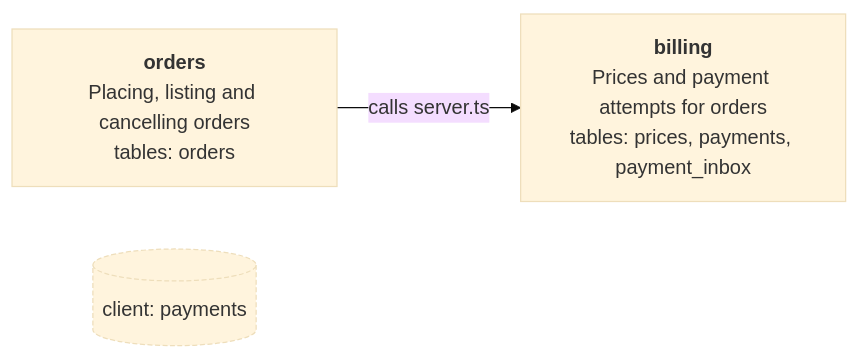
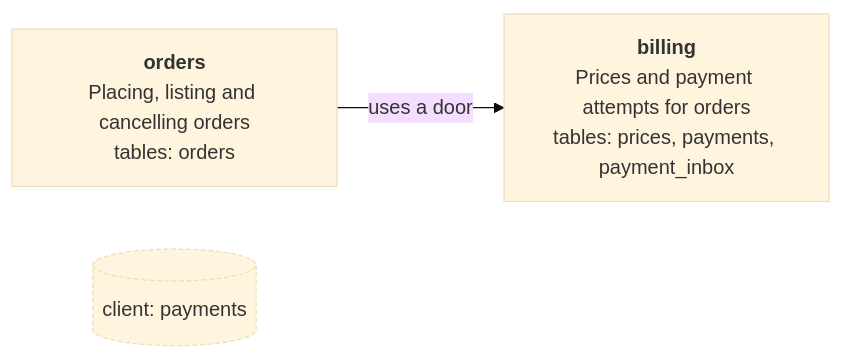
One commit to cdudek/blueprints changed the diagram in nextjs/template/docs/architecture.md. Above: the diagram before and after it, drawn with Mermaid (base theme). The commit also changed 2 other files, not shown here.

Commit message:
fix(nextjs): diagram reads exceptions by file, labels door edges, safe entry guard
Read exceptions are drawn from the module of their file (the policy has
no reader field), an edge reads "uses a door" since it covers both
doors, and the entry guard compares URLs, so --check also runs from a
path with spaces.

````diff
--- a/nextjs/template/docs/architecture.md
+++ b/nextjs/template/docs/architecture.md
@@ -11,8 +11,8 @@
 ```mermaid
 flowchart LR
   orders["<b>orders</b><br/>Placing, listing and cancelling orders<br/>tables: orders"]
   billing["<b>billing</b><br/>Prices and payment attempts for orders<br/>tables: prices, payments, payment_inbox"]
-  orders -->|calls server.ts| billing
+  orders -->|uses a door| billing
   client_payments[("client: payments")]:::port
   classDef port stroke-dasharray: 4 2
 ```
````
